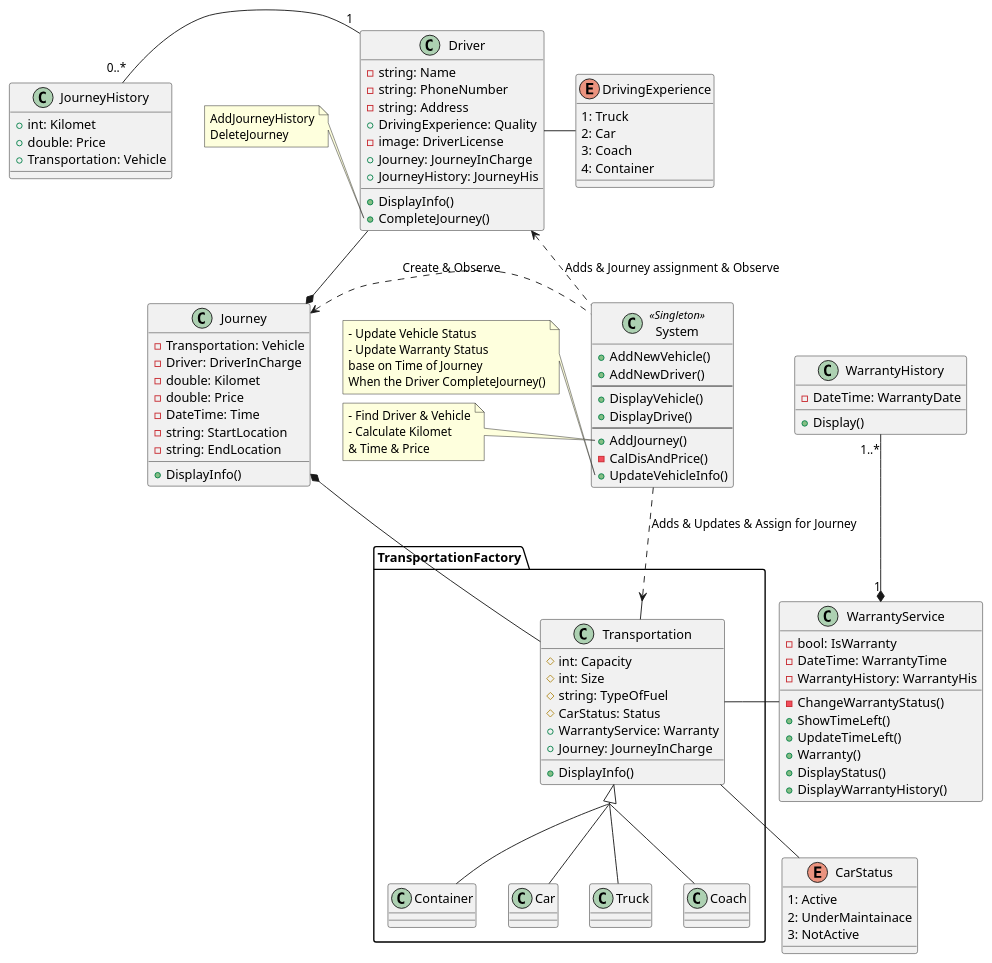
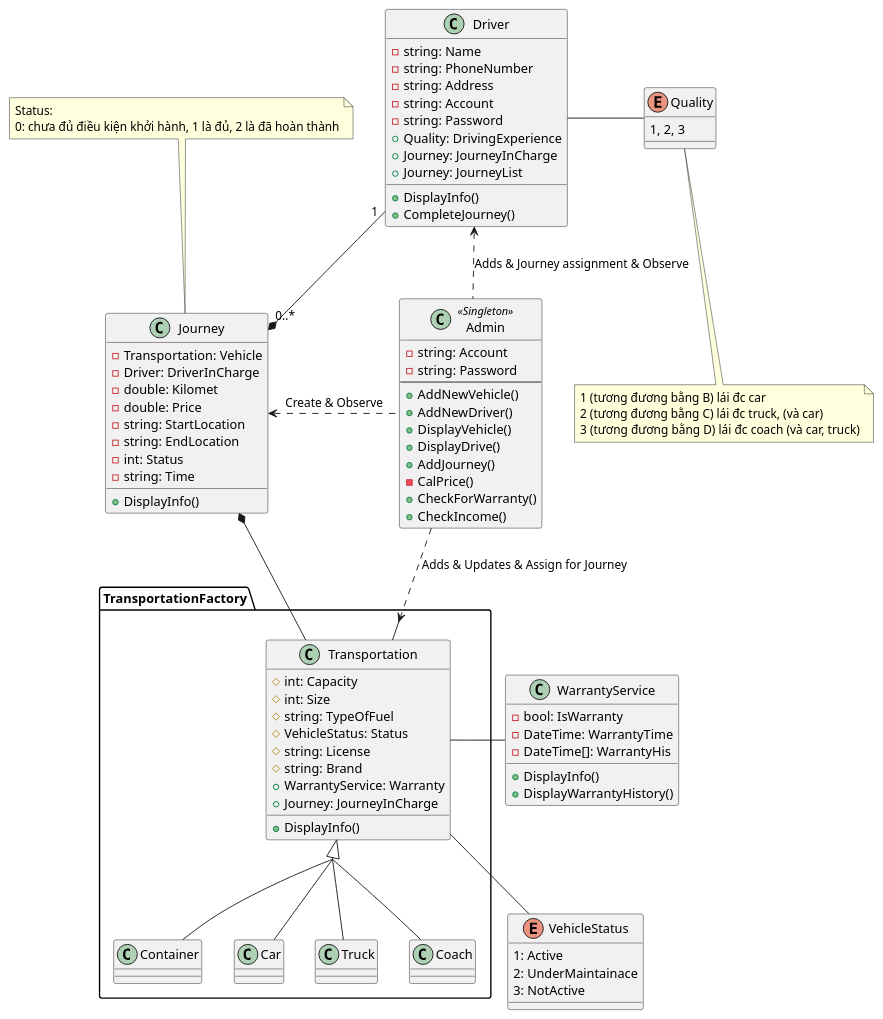
The diagram in Diagram/BTL-LTNC.plantuml (SirGreen/BTL-LTNC), drawn with PlantUML before and after one commit. The commit also changed 2 other files, not shown here.

Commit message:
Update Diagram

```diff
--- a/Diagram/BTL-LTNC.plantuml
+++ b/Diagram/BTL-LTNC.plantuml
@@ -1,131 +1,111 @@
 @startuml quan_ly_xe
 skinparam groupInheritance 3
 
 package TransportationFactory <<Folder>>{
 
     class Transportation{
         # int: Capacity
         # int: Size
         # string: TypeOfFuel
-        # CarStatus: Status
+        # VehicleStatus: Status
+        # string: License
+        # string: Brand
         + WarrantyService: Warranty
         + Journey: JourneyInCharge
         + DisplayInfo()
     }
 
     class Container{  
     }
 
     class Car{
     }
 
     class Truck{
     }
 
     class Coach {
-}
+    }
 }
 
 class WarrantyService{
     - bool: IsWarranty
     - DateTime: WarrantyTime
-    - WarrantyHistory: WarrantyHis
-
-    - ChangeWarrantyStatus()
-    + ShowTimeLeft()
-    + UpdateTimeLeft()
-    + Warranty()
-    + DisplayStatus()
+    - DateTime[]: WarrantyHis
+    + DisplayInfo()
     + DisplayWarrantyHistory()
 }
 
-class WarrantyHistory{
-    - DateTime: WarrantyDate
-    + Display()
-}
 
-enum CarStatus{
+enum VehicleStatus{
     1: Active
     2: UnderMaintainace
     3: NotActive
 }
 class Driver{
     - string: Name
     - string: PhoneNumber
     - string: Address
-    + DrivingExperience: Quality
-    - image: DriverLicense
+    - string: Account
+    - string: Password
+    + Quality: DrivingExperience
     + Journey: JourneyInCharge
-    + JourneyHistory: JourneyHis
+    + Journey: JourneyList
     + DisplayInfo()
     + CompleteJourney() 
 }
-note left of Driver::CompleteJourney()
-    AddJourneyHistory
-    DeleteJourney
-end note
 
 class Journey{
     - Transportation: Vehicle
     - Driver: DriverInCharge
     - double: Kilomet
     - double: Price
-    - DateTime: Time
     - string: StartLocation
     - string: EndLocation
+    - int: Status
+    - string: Time
     + DisplayInfo()
 }
 
-class JourneyHistory{
-    + int: Kilomet
-    + double: Price
-    + Transportation: Vehicle
+note top of Journey
+Status:
+0: chưa đủ điều kiện khởi hành, 1 là đủ, 2 là đã hoàn thành
+end note
+
+class Admin <<Singleton>>{
+    - string: Account
+    - string: Password
+    --
+    + AddNewVehicle()
+    + AddNewDriver()
+    + DisplayVehicle()
+    + DisplayDrive()
+    + AddJourney()
+    - CalPrice()
+    + CheckForWarranty()
+    + CheckIncome()
 }
 
-class System <<Singleton>>{
-    + AddNewVehicle()
-    + AddNewDriver()
-    --
-    + DisplayVehicle()
-    + DisplayDrive()
-    --
-    + AddJourney()
-    - CalDisAndPrice()
-    + UpdateVehicleInfo()
+enum Quality{
+    1, 2, 3
 }
 
-note left of System::UpdateVehicleInfo
-    - Update Vehicle Status 
-    - Update Warranty Status 
-    base on Time of Journey
-    When the Driver CompleteJourney()
+note bottom of Quality
+1 (tương đương bằng B) lái đc car 
+2 (tương đương bằng C) lái đc truck, (và car)
+3 (tương đương bằng D) lái đc coach (và car, truck)
 end note
-
-note left of System::AddJourney
-    - Find Driver & Vehicle
-    - Calculate Kilomet 
-    & Time & Price
-end note
-
-enum DrivingExperience{
-    1: Truck
-    2: Car
-    3: Coach
-    4: Container
-}
 
 Transportation <|-- Truck
 Transportation <|-- Car
 Transportation <|-- Coach
 Transportation <|-- Container
 Transportation -right- WarrantyService
-Driver -right- DrivingExperience
-Driver -down-*Journey
-CarStatus -up- Transportation
-WarrantyService "1" *-up- "1..*" WarrantyHistory
-System -down[dashed]-> Transportation: Adds & Updates & Assign for Journey
-System -left[dashed]-> Driver: Adds & Journey assignment & Observe
-Journey <-right[dashed]- System: Create & Observe
+Driver -right- Quality
+Driver "1"-down-* "0..*"Journey
+VehicleStatus -up- Transportation
+Admin -down[dashed]-> Transportation: Adds & Updates & Assign for Journey
+Admin -left[dashed]-> Driver: Adds & Journey assignment & Observe
+Journey <-right[dashed]- Admin: Create & Observe
 Transportation -left-*Journey
-Driver "1"-left-"0..*" JourneyHistory
 @enduml
```
